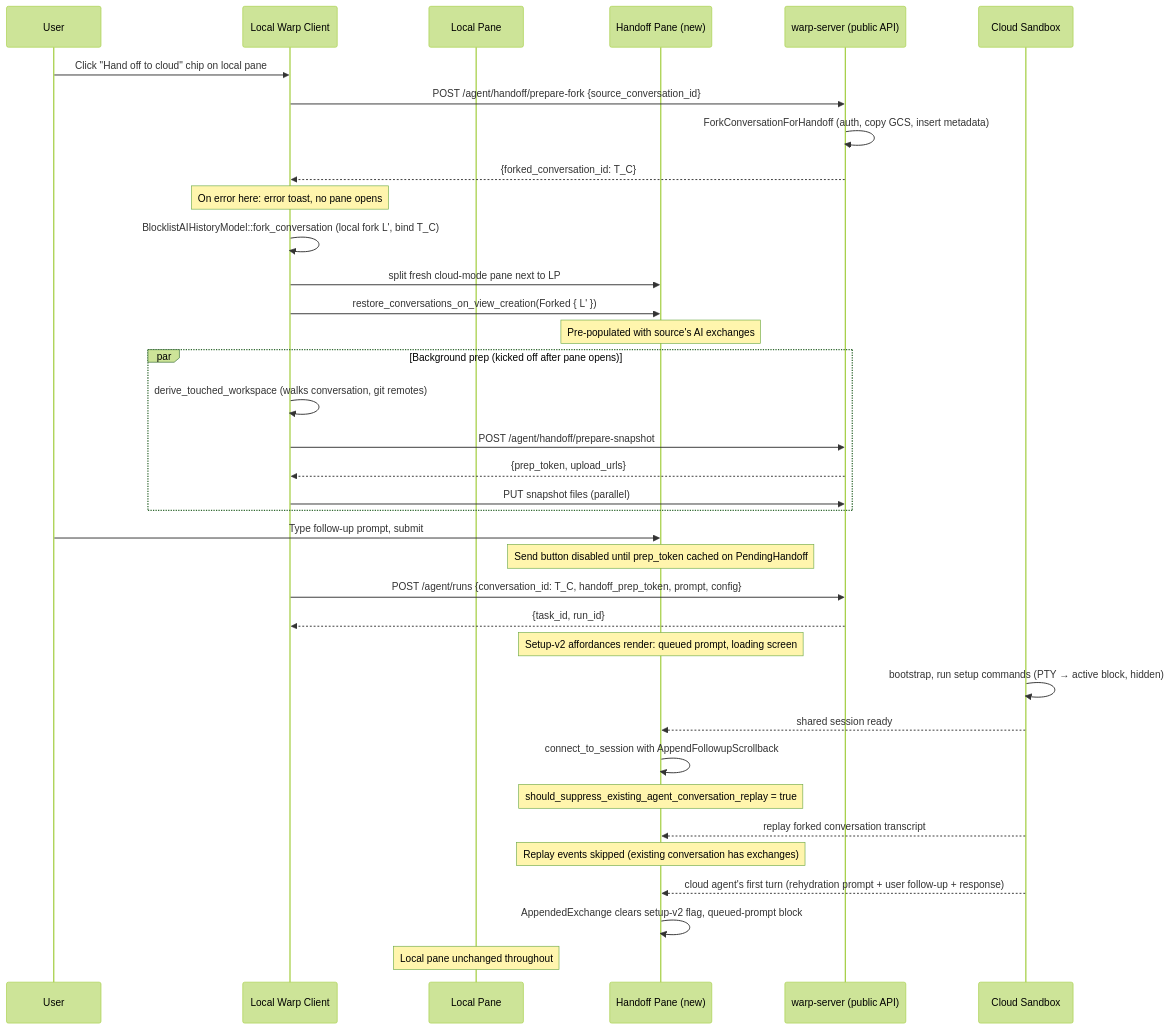
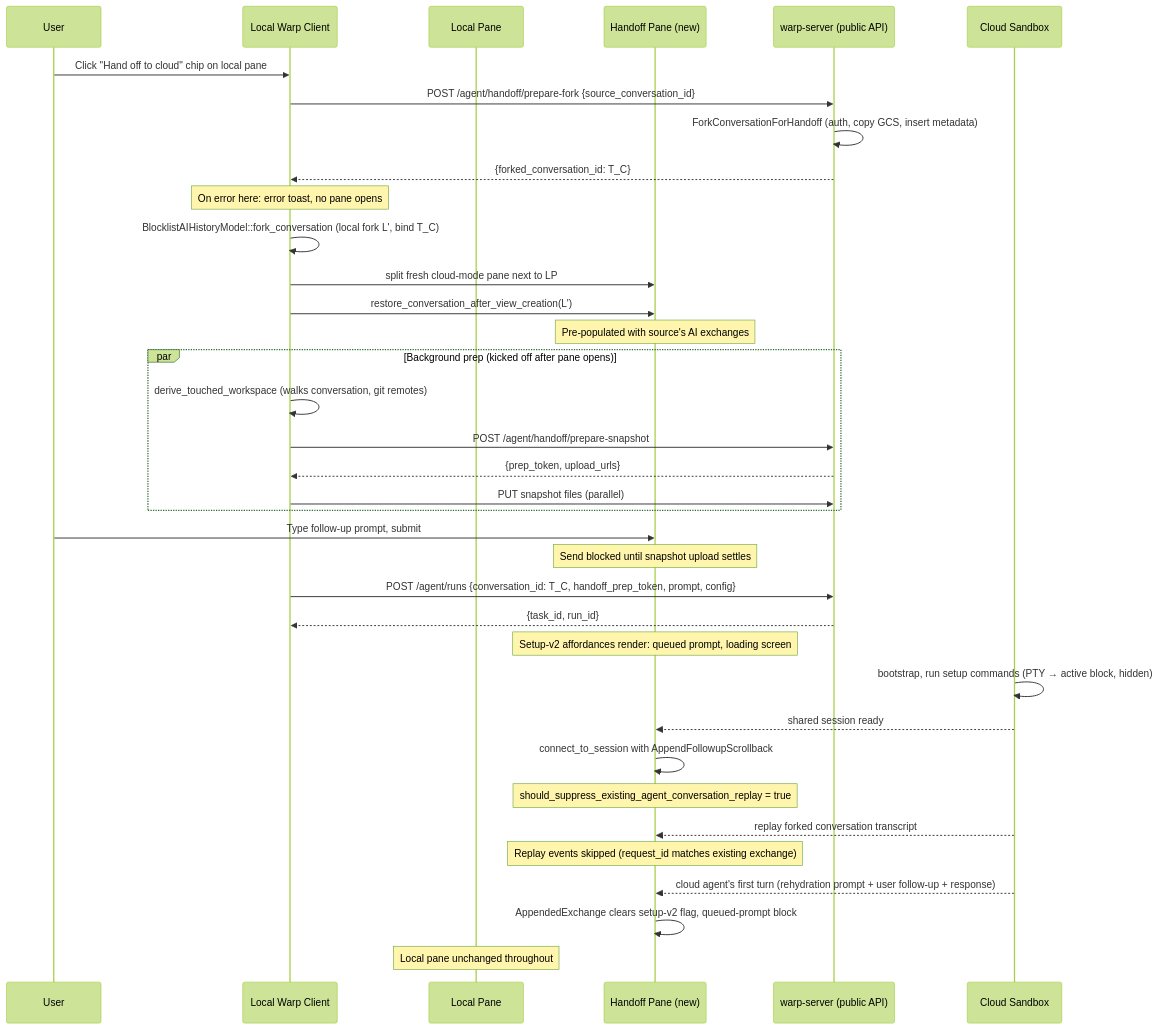
Before and after one commit to EdenBendheim/warp: the diagram in specs/REMOTE-1519/TECH.md, drawn with Mermaid (forest theme). The commit also changed other lines of this file and 11 other files, not shown here.

````diff
--- a/specs/REMOTE-1519/TECH.md
+++ b/specs/REMOTE-1519/TECH.md
@@ -16,38 +14,38 @@
 ```mermaid
 sequenceDiagram
     participant U as User
     participant C as Local Warp Client
     participant LP as Local Pane
     participant HP as Handoff Pane (new)
     participant API as warp-server (public API)
     participant Sand as Cloud Sandbox
     U->>C: Click "Hand off to cloud" chip on local pane
     C->>API: POST /agent/handoff/prepare-fork {source_conversation_id}
     API->>API: ForkConversationForHandoff (auth, copy GCS, insert metadata)
     API-->>C: {forked_conversation_id: T_C}
     Note over C: On error here: error toast, no pane opens
     C->>C: BlocklistAIHistoryModel::fork_conversation (local fork L', bind T_C)
     C->>HP: split fresh cloud-mode pane next to LP
-    C->>HP: restore_conversations_on_view_creation(Forked { L' })
+    C->>HP: restore_conversation_after_view_creation(L')
     Note over HP: Pre-populated with source's AI exchanges
     par Background prep (kicked off after pane opens)
         C->>C: derive_touched_workspace (walks conversation, git remotes)
         C->>API: POST /agent/handoff/prepare-snapshot
         API-->>C: {prep_token, upload_urls}
         C->>API: PUT snapshot files (parallel)
     end
     U->>HP: Type follow-up prompt, submit
-    Note over HP: Send button disabled until prep_token cached on PendingHandoff
+    Note over HP: Send blocked until snapshot upload settles
     C->>API: POST /agent/runs {conversation_id: T_C, handoff_prep_token, prompt, config}
     API-->>C: {task_id, run_id}
     Note over HP: Setup-v2 affordances render: queued prompt, loading screen
     Sand->>Sand: bootstrap, run setup commands (PTY → active block, hidden)
     Sand-->>HP: shared session ready
     HP->>HP: connect_to_session with AppendFollowupScrollback
     Note over HP: should_suppress_existing_agent_conversation_replay = true
     Sand-->>HP: replay forked conversation transcript
-    Note over HP: Replay events skipped (existing conversation has exchanges)
+    Note over HP: Replay events skipped (request_id matches existing exchange)
     Sand-->>HP: cloud agent's first turn (rehydration prompt + user follow-up + response)
     HP->>HP: AppendedExchange clears setup-v2 flag, queued-prompt block
     Note over LP: Local pane unchanged throughout
 ```
````
